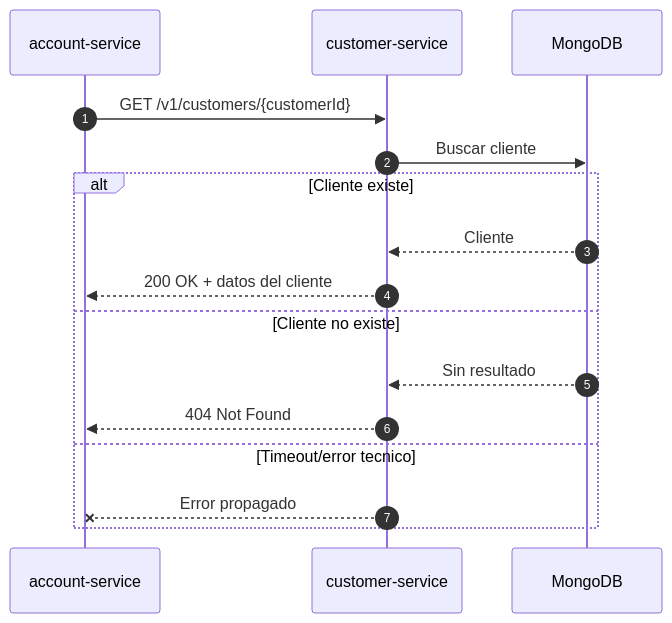
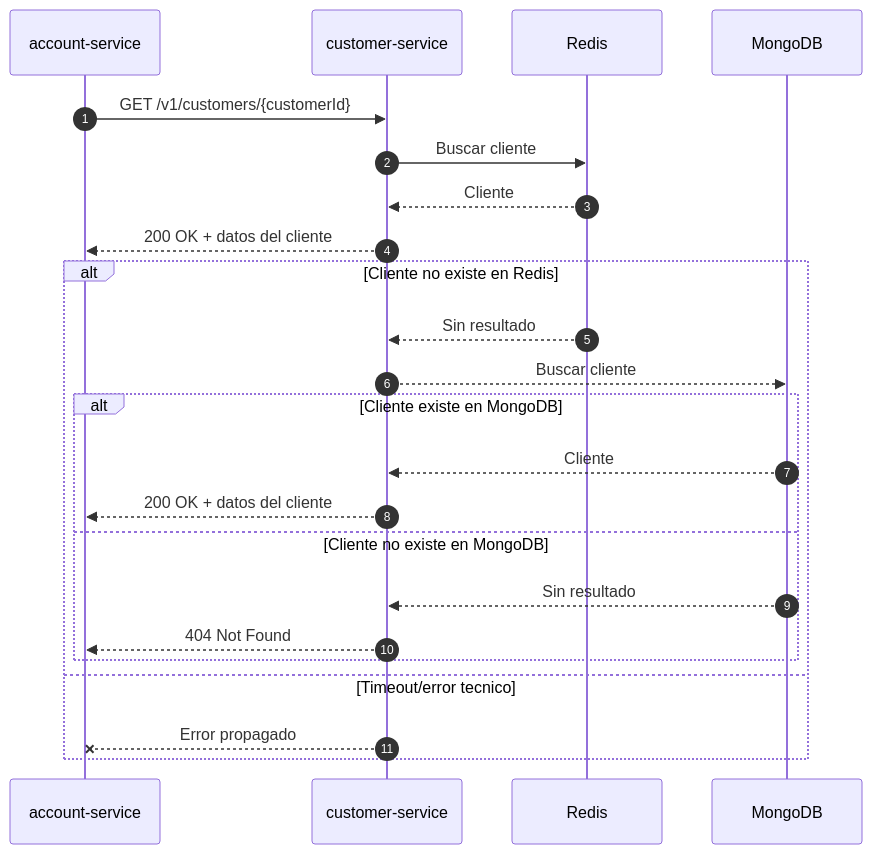
One commit to cmr4b1t/final-project changed the second of 2 diagrams in docs/secuencia-registro-cliente.md. Above: the diagram before and after it, drawn with Mermaid. The commit also changed other lines of this file and 3 other files, not shown here.

````diff
--- a/docs/secuencia-registro-cliente.md
+++ b/docs/secuencia-registro-cliente.md
@@ -36,20 +39,27 @@
 ```mermaid
 sequenceDiagram
     autonumber
     participant Account as account-service
     participant Customer as customer-service
+    participant Redis
     participant MongoDB
 
     Account->>Customer: GET /v1/customers/{customerId}
-    Customer->>MongoDB: Buscar cliente
-
-    alt Cliente existe
-        MongoDB-->>Customer: Cliente
-        Customer-->>Account: 200 OK + datos del cliente
-    else Cliente no existe
-        MongoDB-->>Customer: Sin resultado
-        Customer-->>Account: 404 Not Found
+    Customer->>Redis: Buscar cliente
+    Redis-->>Customer: Cliente
+    Customer-->>Account: 200 OK + datos del cliente
+        
+    alt Cliente no existe en Redis
+        Redis-->>Customer: Sin resultado
+        Customer-->>MongoDB: Buscar cliente
+        alt Cliente existe en MongoDB
+            MongoDB-->>Customer: Cliente
+            Customer-->>Account: 200 OK + datos del cliente 
+        else Cliente no existe en MongoDB
+            MongoDB-->>Customer: Sin resultado
+            Customer-->>Account: 404 Not Found
+        end
     else Timeout/error tecnico
         Customer--x Account: Error propagado
     end
 ```
````
